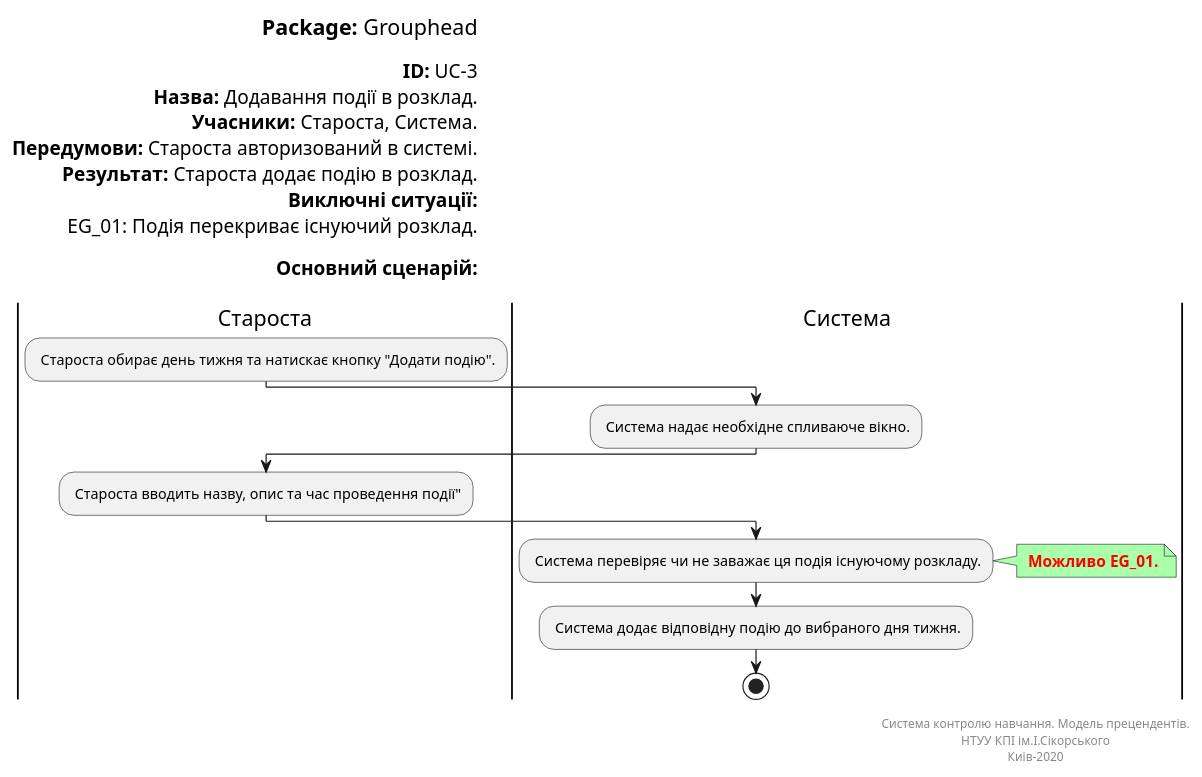
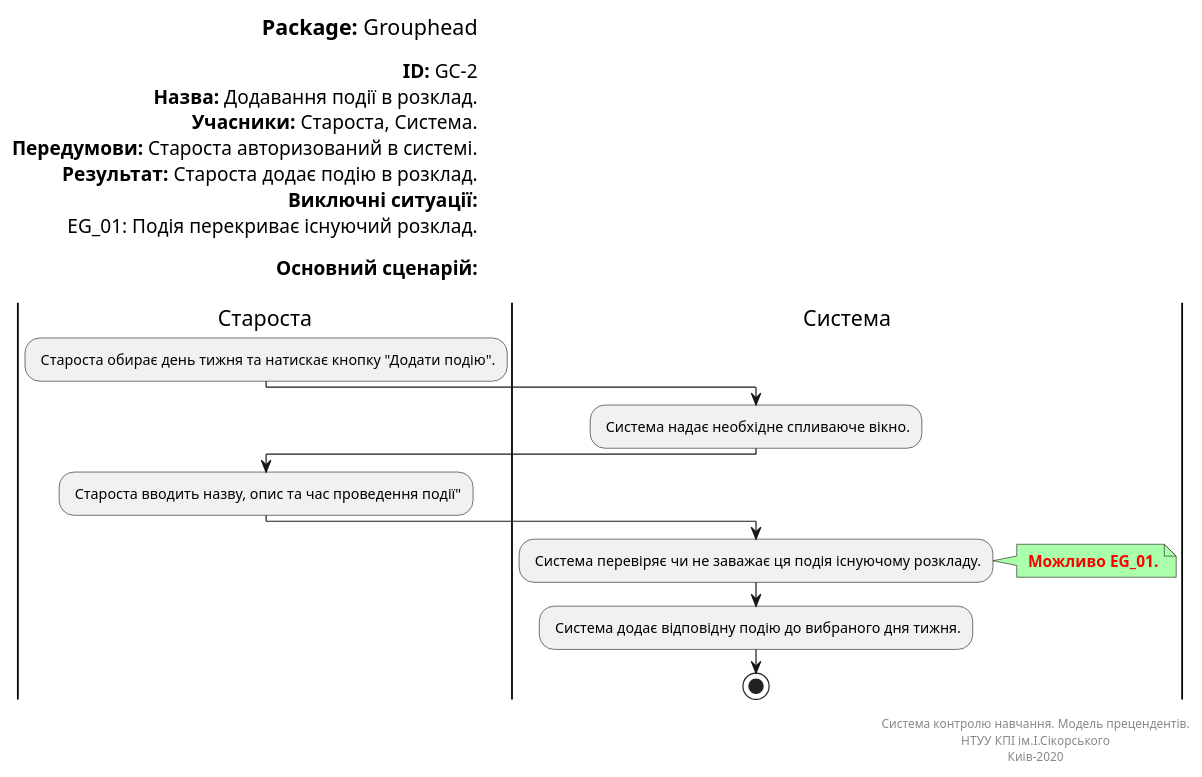
Before and after one commit to vladlinu/TeamOne: the diagram in docs/UML_Diagrams/scenarios/grouphead/src/AddEvent.pu, drawn with PlantUML. The commit also changed 5 other files, not shown here.

```diff
--- a/docs/UML_Diagrams/scenarios/grouphead/src/AddEvent.pu
+++ b/docs/UML_Diagrams/scenarios/grouphead/src/AddEvent.pu
@@ -1,43 +1,43 @@
 @startuml
 left header
 <font color=000 size=18><b>Package:</b> Grouphead
 
-<font color=000 size=16><b>ID:</b> UC-3
+<font color=000 size=16><b>ID:</b> GC-2
 <font color=000 size=16><b>Назва:</b> Додавання події в розклад.
 <font color=000 size=16><b>Учасники:</b> Староста, Система.
 <font color=000 size=16><b>Передумови:</b> Староста авторизований в системі.
 <font color=000 size=16><b>Результат:</b> Староста додає подію в розклад.
 <font color=000 size=16><b>Виключні ситуації:</b>
 <font color=000 size=16> EG_01: Подія перекриває існуючий розклад.
 
 <font color=000 size=16><b>Основний сценарій:</b>
 
 end header
 
 |Староста|
 : Староста обирає день тижня та натискає кнопку "Додати подію".;
 
 |Система|
 : Система надає необхідне спливаюче вікно.;
 
 |Староста|
 : Староста вводить назву, опис та час проведення події";
 
 |Система|
 : Система перевіряє чи не заважає ця подія існуючому розкладу.;
 
 note right #aaffaa
 <font color=red><b> Можливо EG_01.
 end note
 
 : Система додає відповідну подію до вибраного дня тижня.;
 
 stop;
 
 right footer
 
 Система контролю навчання. Модель прецендентів.
 НТУУ КПІ ім.І.Сікорського
 Киів-2020
 end footer
 @enduml
```
